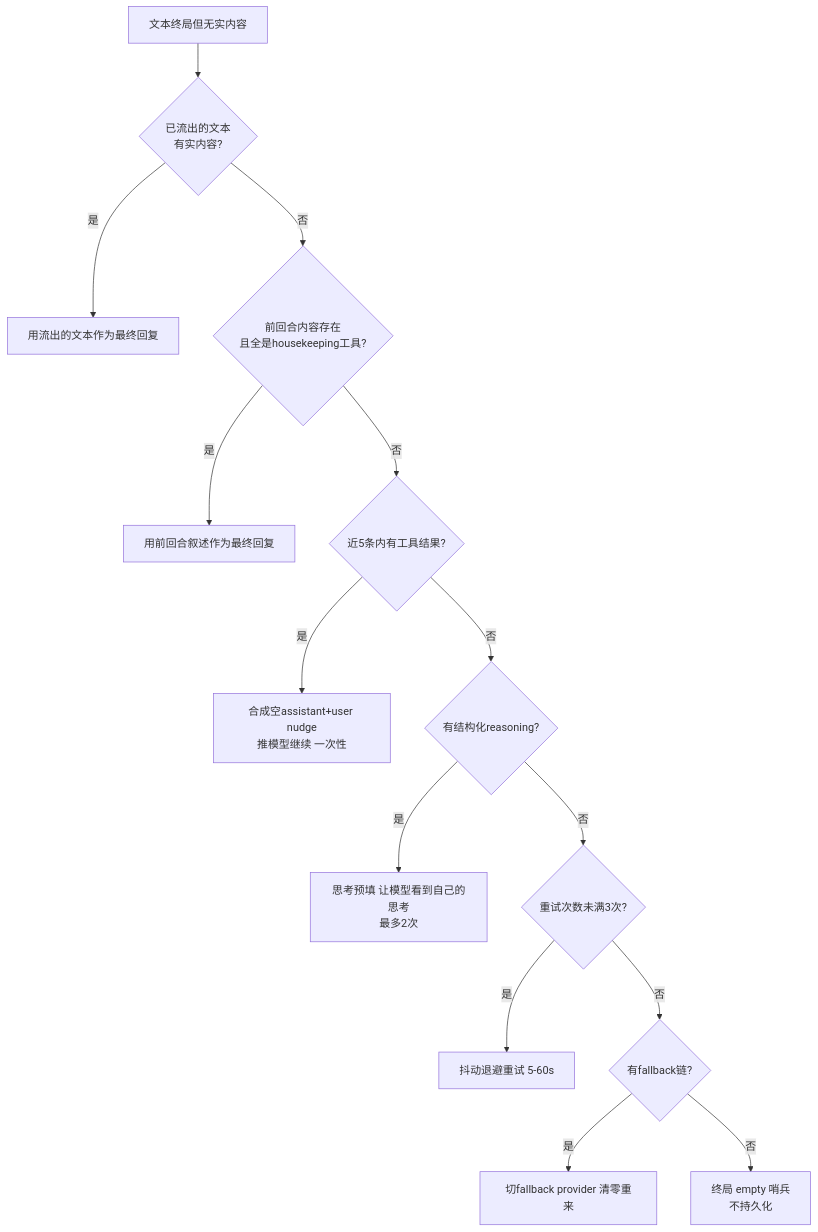
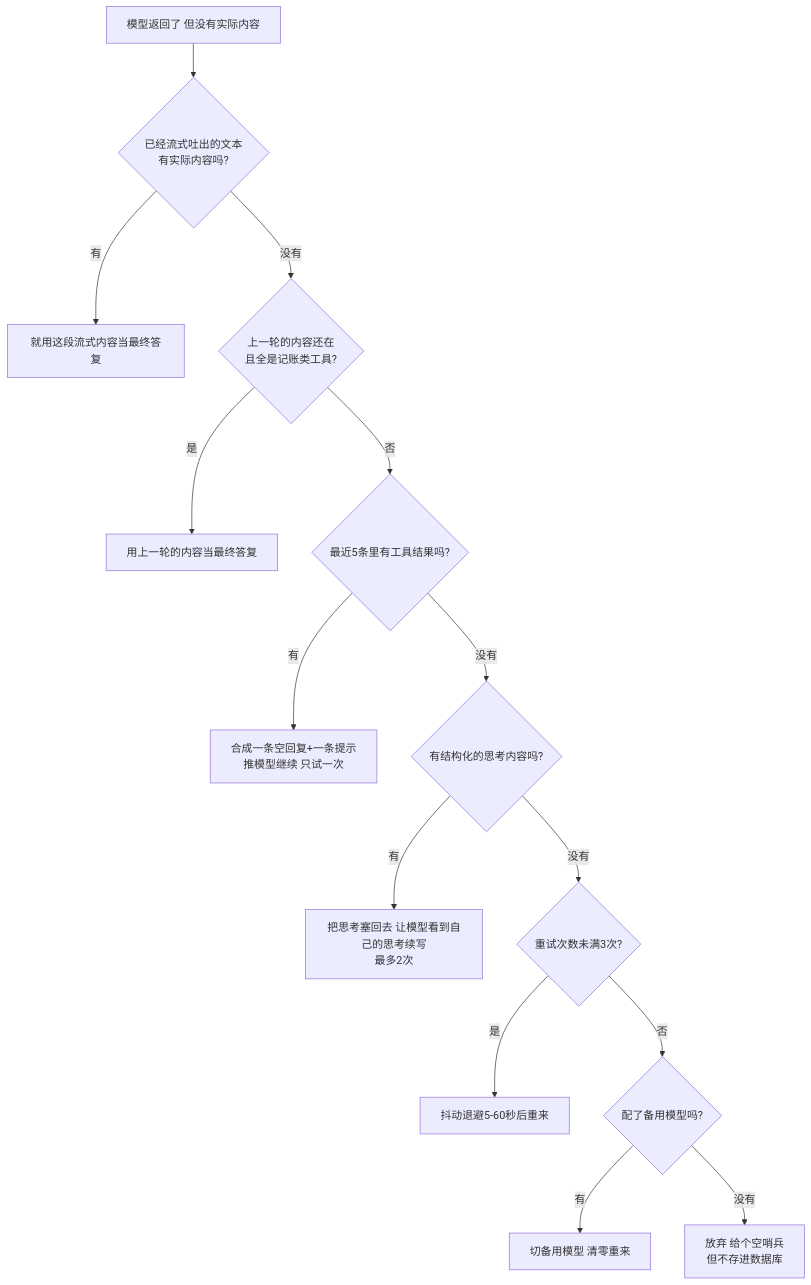
One commit to BillBeam/hermes-study changed the fifth of 5 diagrams in chapters/r2-turn-loop-and-model-access.md. Above: the diagram before and after it, drawn with Mermaid. The commit also changed other lines of this file, not shown here.

````diff
--- a/chapters/r2-turn-loop-and-model-access.md
+++ b/chapters/r2-turn-loop-and-model-access.md
@@ -322,16 +400,16 @@
 ```mermaid
 flowchart TD
-    E[文本终局但无实内容] --> L1{已流出的文本<br/>有实内容?}
-    L1 -->|是| U1[用流出的文本作为最终回复]
-    L1 -->|否| L2{前回合内容存在<br/>且全是housekeeping工具?}
-    L2 -->|是| U2[用前回合叙述作为最终回复]
-    L2 -->|否| L3{近5条内有工具结果?}
-    L3 -->|是| U3[合成空assistant+user nudge<br/>推模型继续 一次性]
-    L3 -->|否| L4{有结构化reasoning?}
-    L4 -->|是| U4[思考预填 让模型看到自己的思考<br/>最多2次]
-    L4 -->|否| L5{重试次数未满3次?}
-    L5 -->|是| U5[抖动退避重试 5-60s]
-    L5 -->|否| L6{有fallback链?}
-    L6 -->|是| U6[切fallback provider 清零重来]
-    L6 -->|否| T[终局 empty 哨兵<br/>不持久化]
+    E[模型返回了 但没有实际内容] --> L1{已经流式吐出的文本<br/>有实际内容吗?}
+    L1 -->|有| U1[就用这段流式内容当最终答复]
+    L1 -->|没有| L2{上一轮的内容还在<br/>且全是记账类工具?}
+    L2 -->|是| U2[用上一轮的内容当最终答复]
+    L2 -->|否| L3{最近5条里有工具结果吗?}
+    L3 -->|有| U3[合成一条空回复+一条提示<br/>推模型继续 只试一次]
+    L3 -->|没有| L4{有结构化的思考内容吗?}
+    L4 -->|有| U4[把思考塞回去 让模型看到自己的思考续写<br/>最多2次]
+    L4 -->|没有| L5{重试次数未满3次?}
+    L5 -->|是| U5[抖动退避5-60秒后重来]
+    L5 -->|否| L6{配了备用模型吗?}
+    L6 -->|有| U6[切备用模型 清零重来]
+    L6 -->|没有| T[放弃 给个空哨兵<br/>但不存进数据库]
 ```
````
